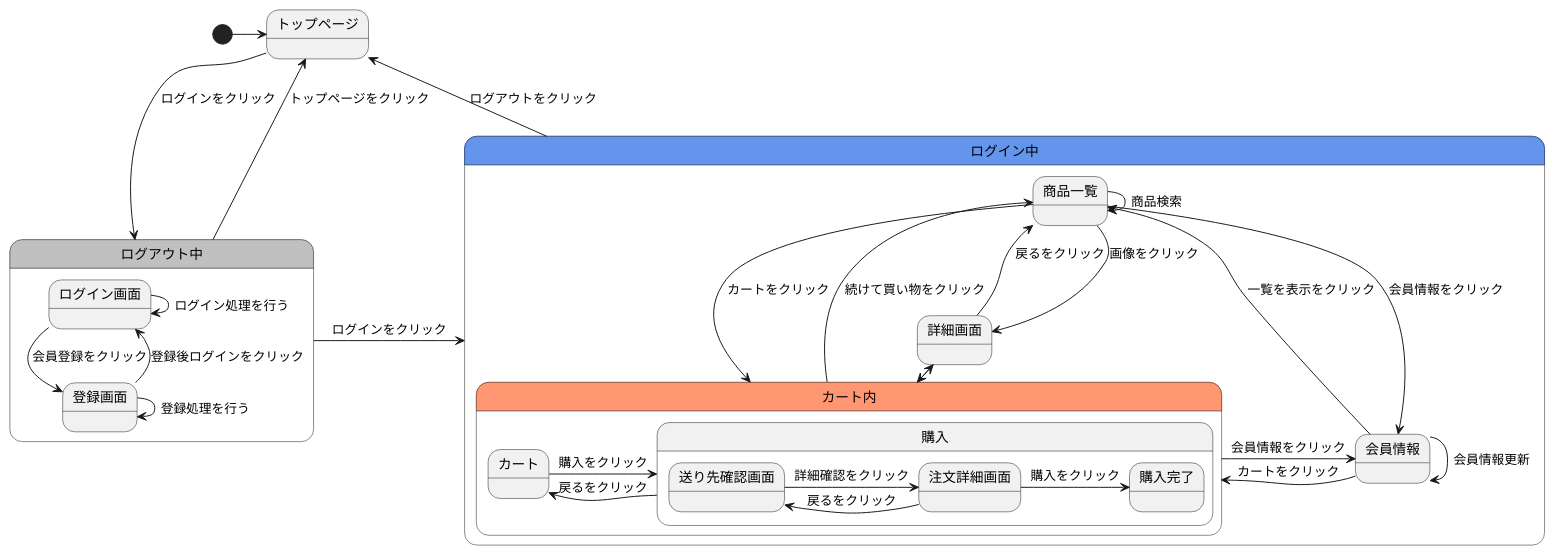
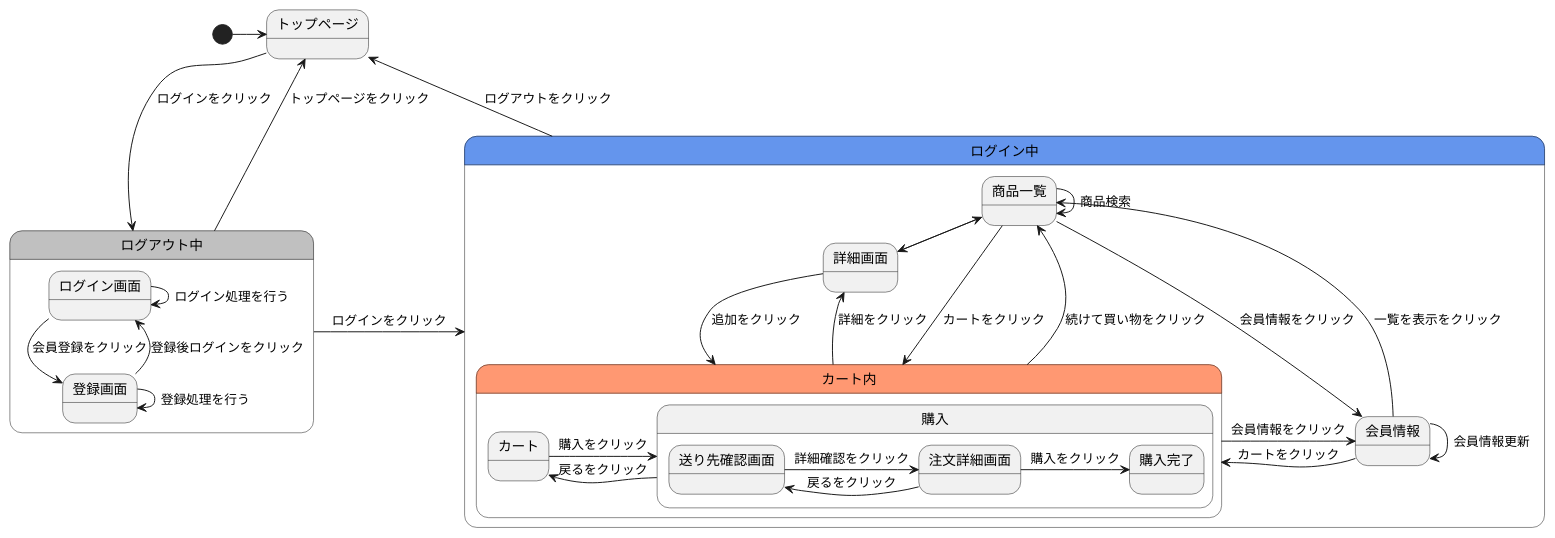
Before and after one commit to Aso2001409/2021sys-design: the diagram in gamen2.md, drawn with PlantUML.

````diff
--- a/gamen2.md
+++ b/gamen2.md
@@ -1,38 +1,38 @@
 ```uml
 @startuml
 [*]->トップページ
 トップページ-->ログアウト中 :ログインをクリック
 ログアウト中->トップページ :トップページをクリック
 ログイン中->トップページ : ログアウトをクリック
 state ログアウト中 #C0C0C0{
   ログイン画面-->登録画面 :会員登録をクリック
   ログイン画面->ログイン画面 :ログイン処理を行う
   登録画面->登録画面 :登録処理を行う
   登録画面--> ログイン画面 :登録後ログインをクリック
 }
 ログアウト中->ログイン中 :ログインをクリック
 state ログイン中 #6495ED{
-  商品一覧-->詳細画面 :画像をクリック
+  商品一覧->詳細画面 :画像をクリック
   商品一覧--->カート内 :カートをクリック
-  商品一覧-->会員情報 :会員情報をクリック
+  商品一覧->会員情報 :会員情報をクリック
   商品一覧->商品一覧 :商品検索
   詳細画面->商品一覧 :戻るをクリック
   詳細画面->カート内 :追加をクリック
   会員情報->商品一覧 :一覧を表示をクリック
   会員情報->カート内 :カートをクリック
   会員情報->会員情報 :会員情報更新
   state カート内 #FF9872{
     カート->購入 :購入をクリック
     購入->カート :戻るをクリック
       state 購入{
       送り先確認画面->注文詳細画面 :詳細確認をクリック
       注文詳細画面->購入完了 :購入をクリック
       注文詳細画面->送り先確認画面 :戻るをクリック
       }
     }  
   カート内->商品一覧 :続けて買い物をクリック
   カート内->会員情報 :会員情報をクリック
   カート内->詳細画面 :詳細をクリック
   }
 @enduml
 ```
````
